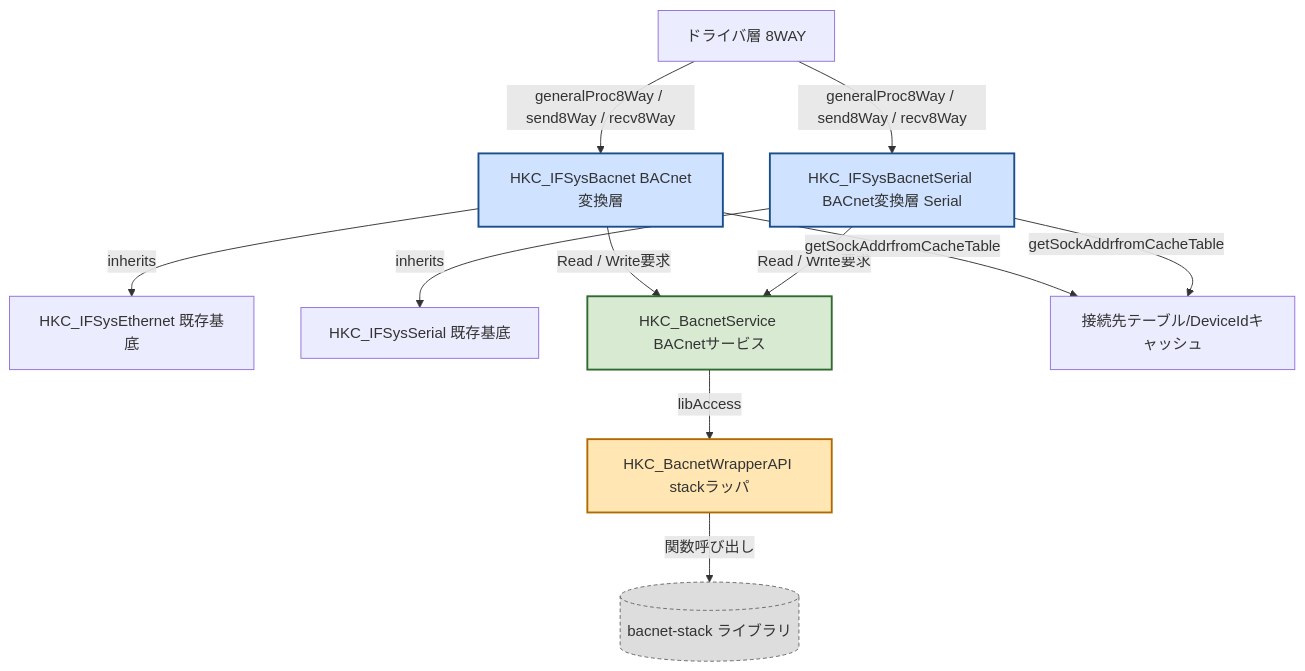
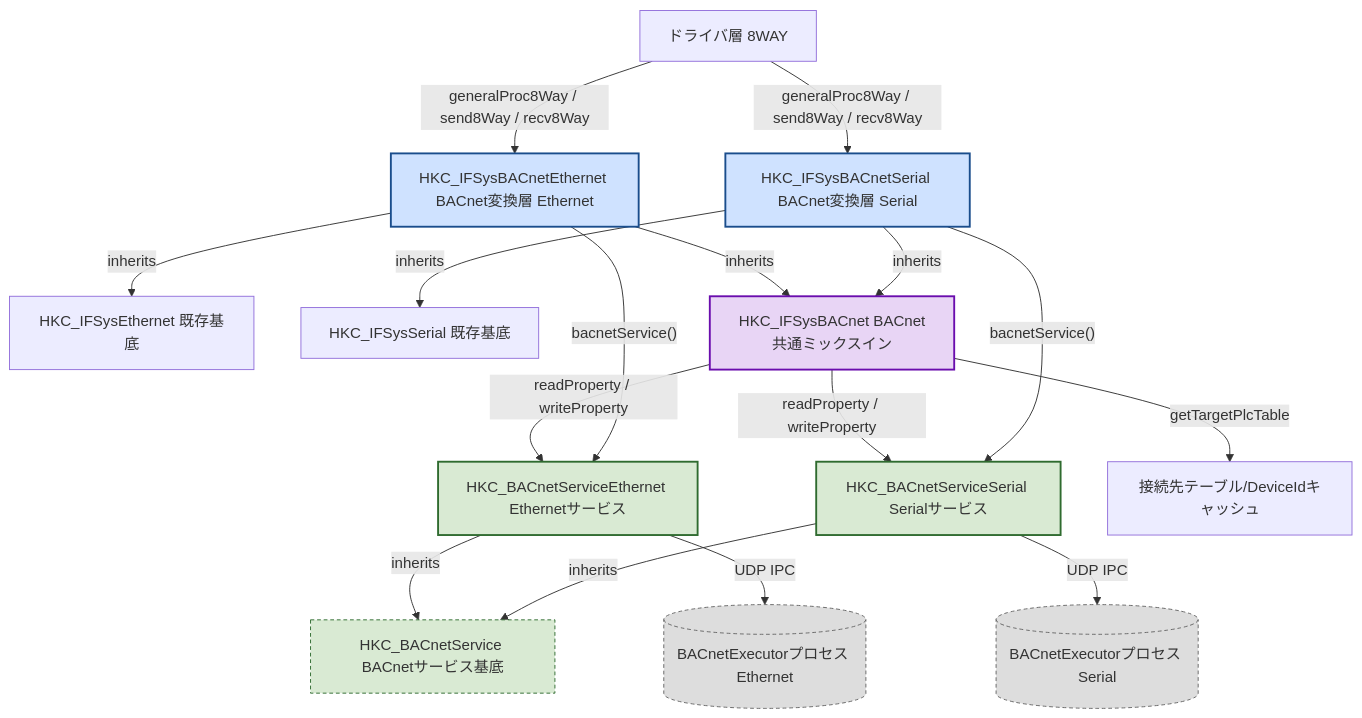
The second of 19 diagrams in bacnet.md (moto046/markdown-test), drawn with Mermaid before and after one commit. The commit also changed other lines of this file, not shown here.

````diff
--- a/bacnet.md
+++ b/bacnet.md
@@ -114,29 +217,40 @@
 ```mermaid
 graph TD
   Driver[ドライバ層 8WAY]
   IFEth[HKC_IFSysEthernet 既存基底]
   IFSer[HKC_IFSysSerial 既存基底]
-  IFBacnet[HKC_IFSysBacnet BACnet変換層]
-  IFBacnetSer[HKC_IFSysBacnetSerial BACnet変換層 Serial]
-  Svc[HKC_BacnetService BACnetサービス]
-  Wrapper[HKC_BacnetWrapperAPI stackラッパ]
-  StackLib[(bacnet-stack ライブラリ)]
+  IFBACnet[HKC_IFSysBACnet BACnet共通ミックスイン]
+  IFBACnetEth[HKC_IFSysBACnetEthernet BACnet変換層 Ethernet]
+  IFBACnetSer[HKC_IFSysBACnetSerial BACnet変換層 Serial]
+  SvcBase[HKC_BACnetService BACnetサービス基底]
+  SvcEth[HKC_BACnetServiceEthernet Ethernetサービス]
+  SvcSer[HKC_BACnetServiceSerial Serialサービス]
+  ExecEth[(BACnetExecutorプロセス Ethernet)]
+  ExecSer[(BACnetExecutorプロセス Serial)]
   Cache[接続先テーブル/DeviceIdキャッシュ]
 
-  Driver -->|generalProc8Way / send8Way / recv8Way| IFBacnet
-  Driver -->|generalProc8Way / send8Way / recv8Way| IFBacnetSer
-  IFBacnet -->|inherits| IFEth
-  IFBacnetSer -->|inherits| IFSer
-  IFBacnet -->|Read / Write要求| Svc
-  IFBacnetSer -->|Read / Write要求| Svc
-  IFBacnet -->|getSockAddrfromCacheTable| Cache
-  IFBacnetSer -->|getSockAddrfromCacheTable| Cache
-  Svc -->|libAccess| Wrapper
-  Wrapper -->|関数呼び出し| StackLib
+  Driver -->|generalProc8Way / send8Way / recv8Way| IFBACnetEth
+  Driver -->|generalProc8Way / send8Way / recv8Way| IFBACnetSer
+  IFBACnetEth -->|inherits| IFBACnet
+  IFBACnetEth -->|inherits| IFEth
+  IFBACnetSer -->|inherits| IFBACnet
+  IFBACnetSer -->|inherits| IFSer
+  IFBACnet -->|readProperty / writeProperty| SvcEth
+  IFBACnet -->|readProperty / writeProperty| SvcSer
+  IFBACnetEth -->|"bacnetService()"| SvcEth
+  IFBACnetSer -->|"bacnetService()"| SvcSer
+  IFBACnet -->|getTargetPlcTable| Cache
+  SvcEth -->|inherits| SvcBase
+  SvcSer -->|inherits| SvcBase
+  SvcEth -->|UDP IPC| ExecEth
+  SvcSer -->|UDP IPC| ExecSer
 
-  style IFBacnet fill:#cfe2ff,stroke:#1a4d8c,stroke-width:2px
-  style IFBacnetSer fill:#cfe2ff,stroke:#1a4d8c,stroke-width:2px
-  style Svc fill:#d9ead3,stroke:#2f6b2f,stroke-width:2px
-  style Wrapper fill:#ffe6b3,stroke:#b06a00,stroke-width:2px
-  style StackLib fill:#dddddd,stroke:#666,stroke-dasharray:4 3
+  style IFBACnet fill:#e8d5f5,stroke:#6a0dad,stroke-width:2px
+  style IFBACnetEth fill:#cfe2ff,stroke:#1a4d8c,stroke-width:2px
+  style IFBACnetSer fill:#cfe2ff,stroke:#1a4d8c,stroke-width:2px
+  style SvcEth fill:#d9ead3,stroke:#2f6b2f,stroke-width:2px
+  style SvcSer fill:#d9ead3,stroke:#2f6b2f,stroke-width:2px
+  style SvcBase fill:#d9ead3,stroke:#2f6b2f,stroke-width:1px,stroke-dasharray:4 3
+  style ExecEth fill:#dddddd,stroke:#666,stroke-dasharray:4 3
+  style ExecSer fill:#dddddd,stroke:#666,stroke-dasharray:4 3
 ```
````
